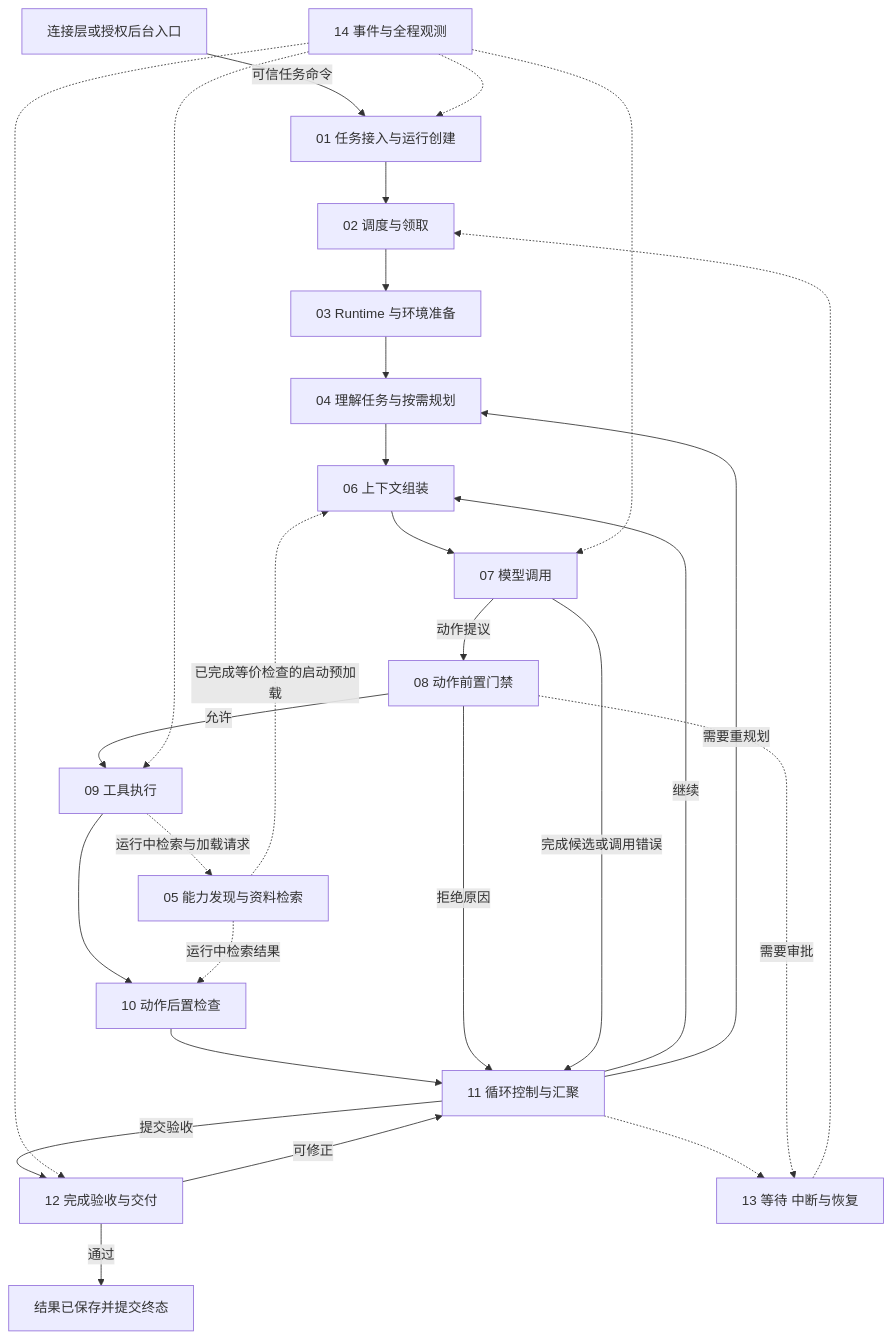
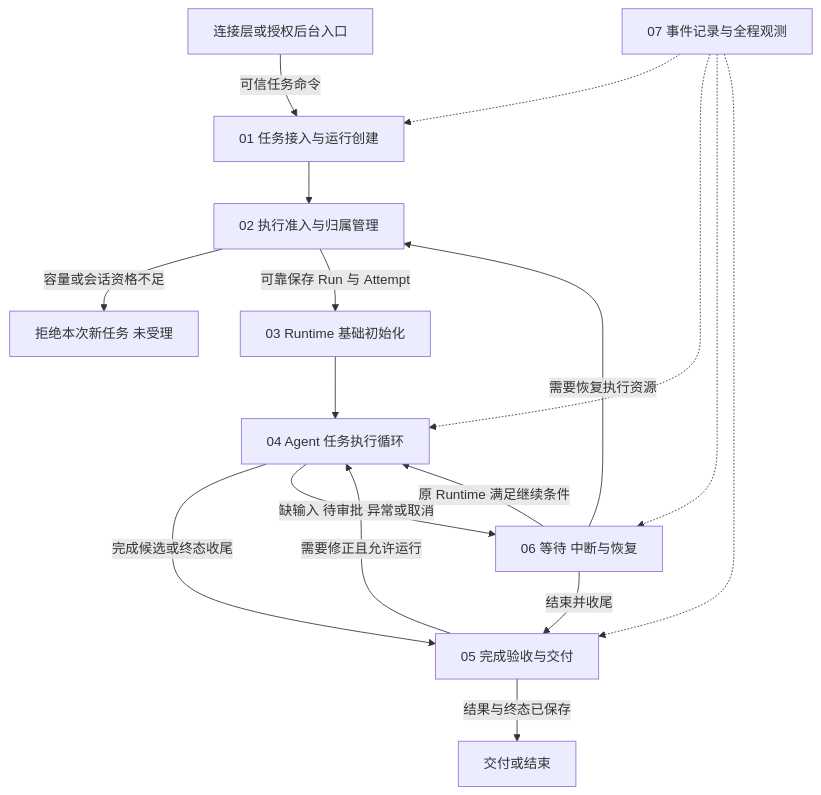
The diagram in work/base/03-execution/README.md (youngPvt/note-book), drawn with Mermaid before and after one commit. The commit also changed other lines of this file and 48 other files, not shown here.

````diff
--- a/work/base/03-execution/README.md
+++ b/work/base/03-execution/README.md
@@ -63,30 +60,19 @@
 ```mermaid
 flowchart TB
     N[连接层或授权后台入口] -->|可信任务命令| A[01 任务接入与运行创建]
-    A --> B[02 调度与领取]
-    B --> C[03 Runtime 与环境准备]
-    C --> D[04 理解任务与按需规划]
-    D --> E[06 上下文组装]
-    E --> F[07 模型调用]
-    F -->|动作提议| G[08 动作前置门禁]
-    G -->|允许| H[09 工具执行]
-    H --> I[10 动作后置检查]
-    I --> J[11 循环控制与汇聚]
-    G -->|拒绝原因| J
-    F -->|完成候选或调用错误| J
-    J -->|继续| E
-    J -->|需要重规划| D
-    J -->|提交验收| K[12 完成验收与交付]
-    K -->|可修正| J
-    K -->|通过| L[结果已保存并提交终态]
-    R[05 能力发现与资料检索] -.->|已完成等价检查的启动预加载| E
-    H -.->|运行中检索与加载请求| R
-    R -.->|运行中检索结果| I
-    W[13 等待 中断与恢复] -.-> B
-    J -.-> W
-    G -.->|需要审批| W
-    O[14 事件与全程观测] -.-> A
-    O -.-> F
-    O -.-> H
+    A --> B[02 执行准入与归属管理]
+    B -->|容量或会话资格不足| X[拒绝本次新任务 未受理]
+    B -->|可靠保存 Run 与 Attempt| C[03 Runtime 基础初始化]
+    C --> D[04 Agent 任务执行循环]
+    D -->|完成候选或终态收尾| K[05 完成验收与交付]
+    K -->|需要修正且允许运行| D
+    K -->|结果与终态已保存| L[交付或结束]
+    D -->|缺输入 待审批 异常或取消| W[06 等待 中断与恢复]
+    W -->|原 Runtime 满足继续条件| D
+    W -->|需要恢复执行资源| B
+    W -->|结束并收尾| K
+    O[07 事件记录与全程观测] -.-> A
+    O -.-> D
+    O -.-> W
     O -.-> K
 ```
````
